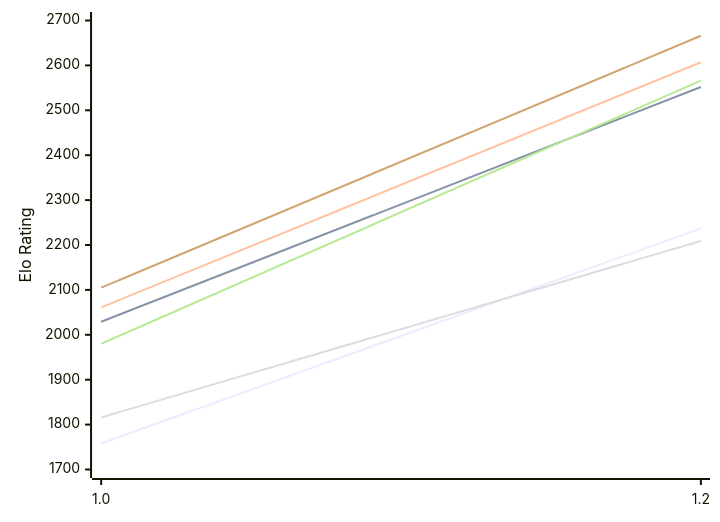
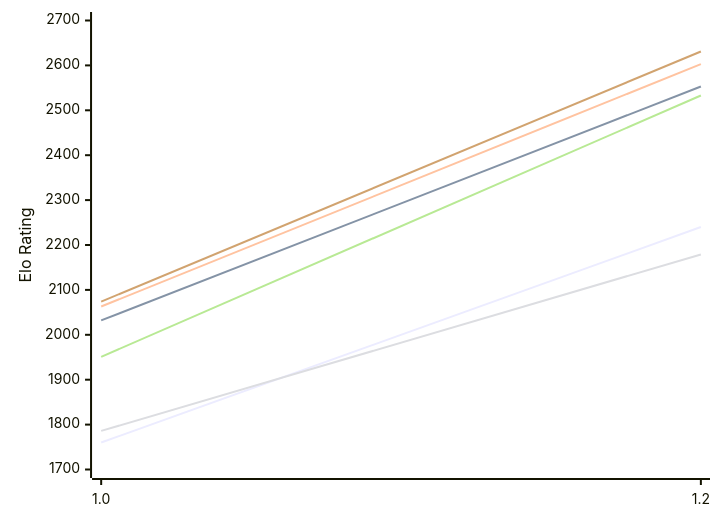
The first of 2 diagrams in engines/Echekinator.md (computer-chess-index/cci), drawn with Mermaid before and after one commit. The commit also changed other lines of this file, not shown here.

Commit message:
Update CCI Ratings (ELO VLTC) - 2026-10-23

````diff
--- a/engines/Echekinator.md
+++ b/engines/Echekinator.md
@@ -50,12 +50,12 @@
 ```mermaid
 %%{init: {"theme":"base","themeVariables":{"seriesColors:['#a3a3a3','#222221','#faa371']}}}%%
 xychart-beta
   x-axis ["1.0", "1.2"]
   y-axis "Elo Rating" 1700 --> 2700
-  line "E1: STC (8.0+0.08s)" [1758, 2237]
-  line "E1: LTC (60.0+0.60s)" [2029, 2552]
-  line "E1: VLTC (2m24s+1.12s)" [2061, 2607]
-  line "P1: STC (8.0+0.08s)" [1816, 2209]
-  line "P1: LTC (60.0+0.60s)" [1980, 2566]
-  line "P1: VLTC (2m24s+1.12s)" [2105, 2666]
+  line "E1: STC (8.0+0.08s)" [1760, 2240]
+  line "E1: LTC (60.0+0.60s)" [2032, 2553]
+  line "E1: VLTC (2m24s+1.12s)" [2063, 2603]
+  line "P1: STC (8.0+0.08s)" [1786, 2179]
+  line "P1: LTC (60.0+0.60s)" [1951, 2533]
+  line "P1: VLTC (2m24s+1.12s)" [2074, 2631]
 ```
````
